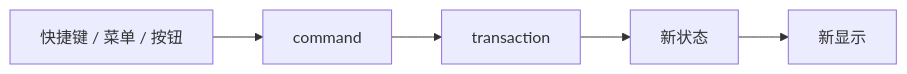
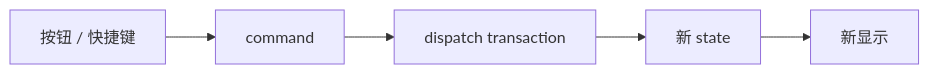
The first of 2 diagrams in dev-notes/cm6-from-0-to-1/10-给编辑器加命令和快捷键.md (swarm-apps/SwarmNote), drawn with Mermaid before and after one commit. The commit also changed other lines of this file and 9 other files, not shown here.

````diff
--- a/dev-notes/cm6-from-0-to-1/10-给编辑器加命令和快捷键.md
+++ b/dev-notes/cm6-from-0-to-1/10-给编辑器加命令和快捷键.md
@@ -31,7 +25,7 @@
 ```mermaid
 graph LR
-    Action[快捷键 / 菜单 / 按钮] --> Command[command]
-    Command --> Tr[transaction]
-    Tr --> State[新状态]
+    Action[按钮 / 快捷键] --> Command[command]
+    Command --> Tr[dispatch transaction]
+    Tr --> State[新 state]
     State --> View[新显示]
 ```
````
